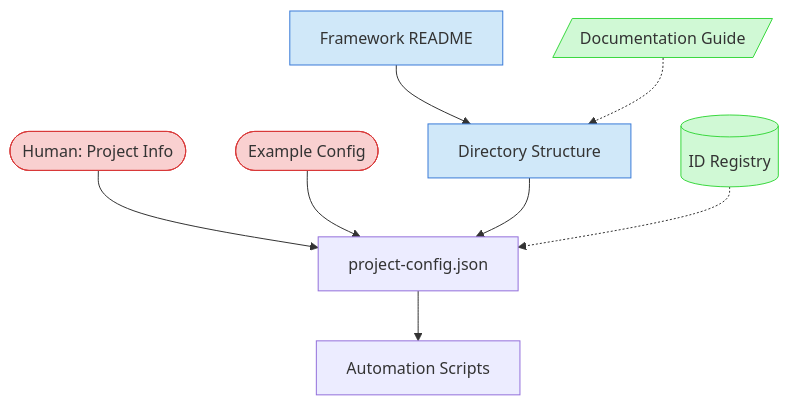
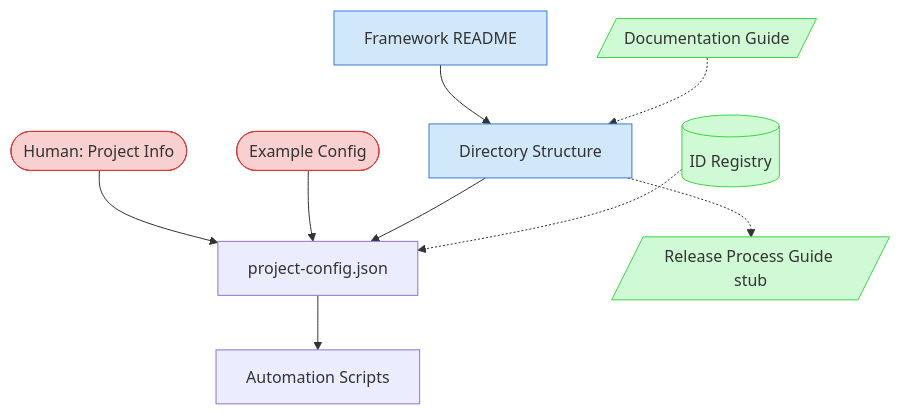
Before and after one commit to Abtomation/LinkWatcher: the diagram in process-framework/visualization/context-maps/00-setup/project-initiation-map.md, drawn with Mermaid. The commit also changed other lines of this file and 1181 other files, not shown here.

First line of the commit message:
Release v2.1.1: deploy user handbooks with global install (PD-BUG-104), config-schema drift guard, framework state snapshot

````diff
--- a/process-framework/visualization/context-maps/00-setup/project-initiation-map.md
+++ b/process-framework/visualization/context-maps/00-setup/project-initiation-map.md
@@ -19,18 +19,19 @@
 ```mermaid
 graph TD
     classDef critical fill:#f9d0d0,stroke:#d83a3a
     classDef important fill:#d0e8f9,stroke:#3a7bd8
     classDef reference fill:#d0f9d5,stroke:#3ad83f
 
     ProjectInfo([Human: Project Info]) --> ConfigFile[project-config.json]
     ExampleConfig([Example Config]) --> ConfigFile
     ConfigFile --> Scripts[Automation Scripts]
     FrameworkREADME[Framework README] --> DirStructure[Directory Structure]
     DirStructure --> ConfigFile
     IDRegistry[(ID Registry)] -.-> ConfigFile
     DocGuide[/Documentation Guide/] -.-> DirStructure
+    DirStructure -.-> ReleaseGuideStub[/Release Process Guide stub/]
 
     class ProjectInfo,ExampleConfig critical
     class FrameworkREADME,DirStructure important
-    class IDRegistry,DocGuide reference
+    class IDRegistry,DocGuide,ReleaseGuideStub reference
 ```
````
